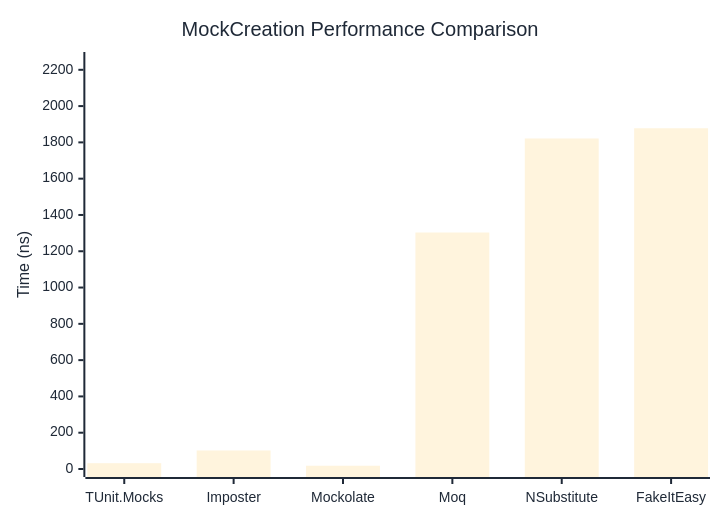
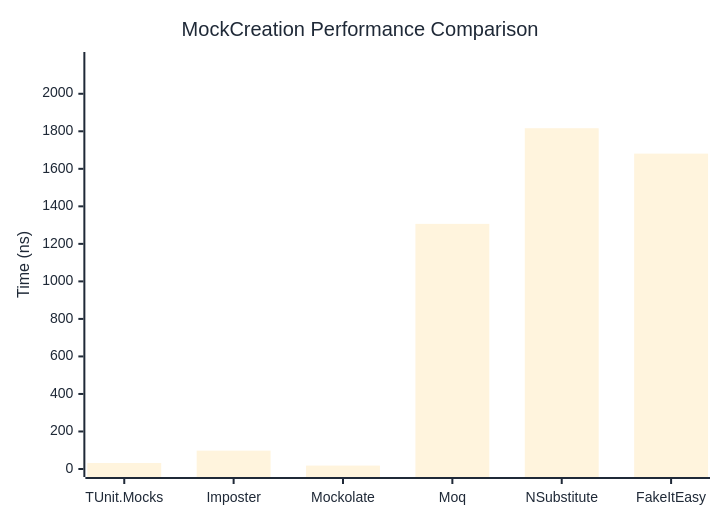
One commit to thomhurst/TUnit changed the first of 2 diagrams in docs/docs/benchmarks/mocks/MockCreation.md. Above: the diagram before and after it, drawn with Mermaid. The commit also changed other lines of this file and 14 other files, not shown here.

````diff
--- a/docs/docs/benchmarks/mocks/MockCreation.md
+++ b/docs/docs/benchmarks/mocks/MockCreation.md
@@ -30,27 +30,27 @@
 ```mermaid
 %%{init: {
   'theme':'base',
   'themeVariables': {
     'primaryColor': '#2563eb',
     'primaryTextColor': '#1f2937',
     'primaryBorderColor': '#1e40af',
     'lineColor': '#6b7280',
     'secondaryColor': '#7c3aed',
     'tertiaryColor': '#dc2626',
     'background': '#ffffff',
     'pie1': '#2563eb',
     'pie2': '#7c3aed',
     'pie3': '#dc2626',
     'pie4': '#f59e0b',
     'pie5': '#10b981',
     'pie6': '#06b6d4',
     'pie7': '#ec4899',
     'pie8': '#6366f1'
   }
 }}%%
 xychart-beta
   title "MockCreation Performance Comparison"
   x-axis ["TUnit.Mocks", "Imposter", "Mockolate", "Moq", "NSubstitute", "FakeItEasy"]
-  y-axis "Time (ns)" 0 --> 2254
-  bar [31.99, 102.07, 18.04, 1303.32, 1821.5, 1877.85]
+  y-axis "Time (ns)" 0 --> 2180
+  bar [31.95, 97.86, 18.2, 1306.58, 1816.36, 1681.08]
 ```
````
